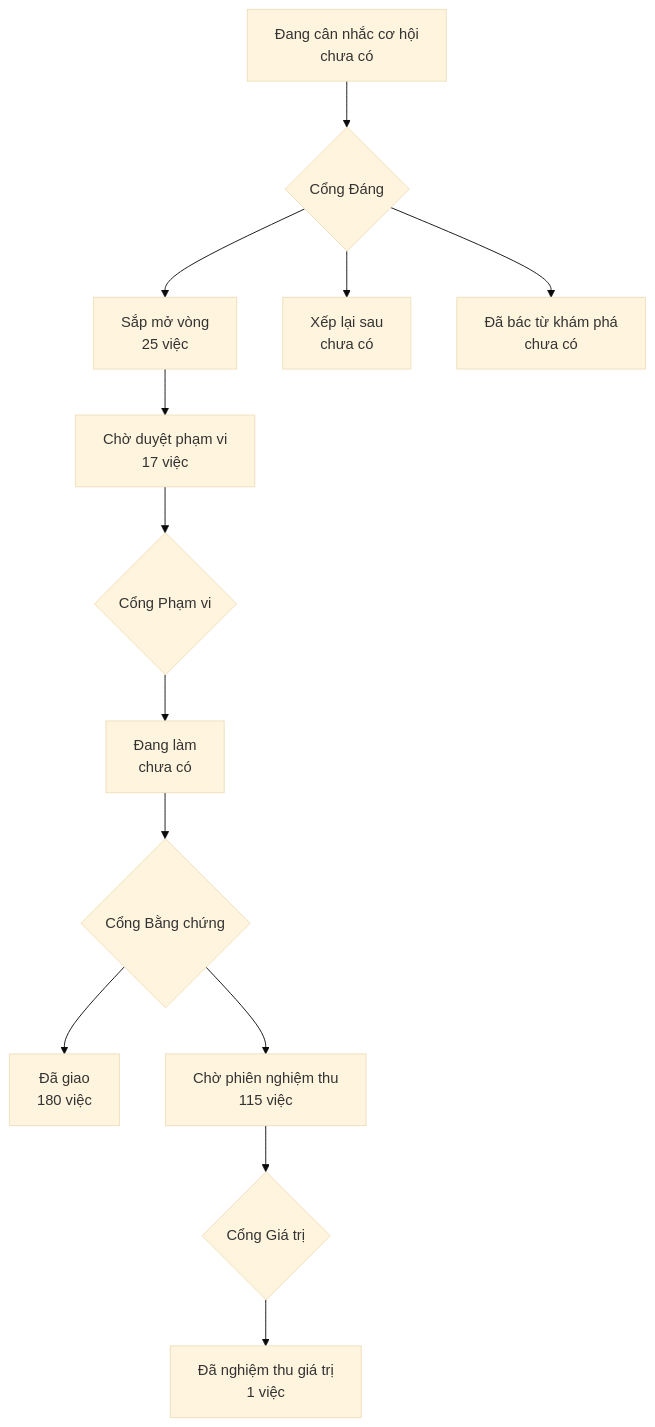
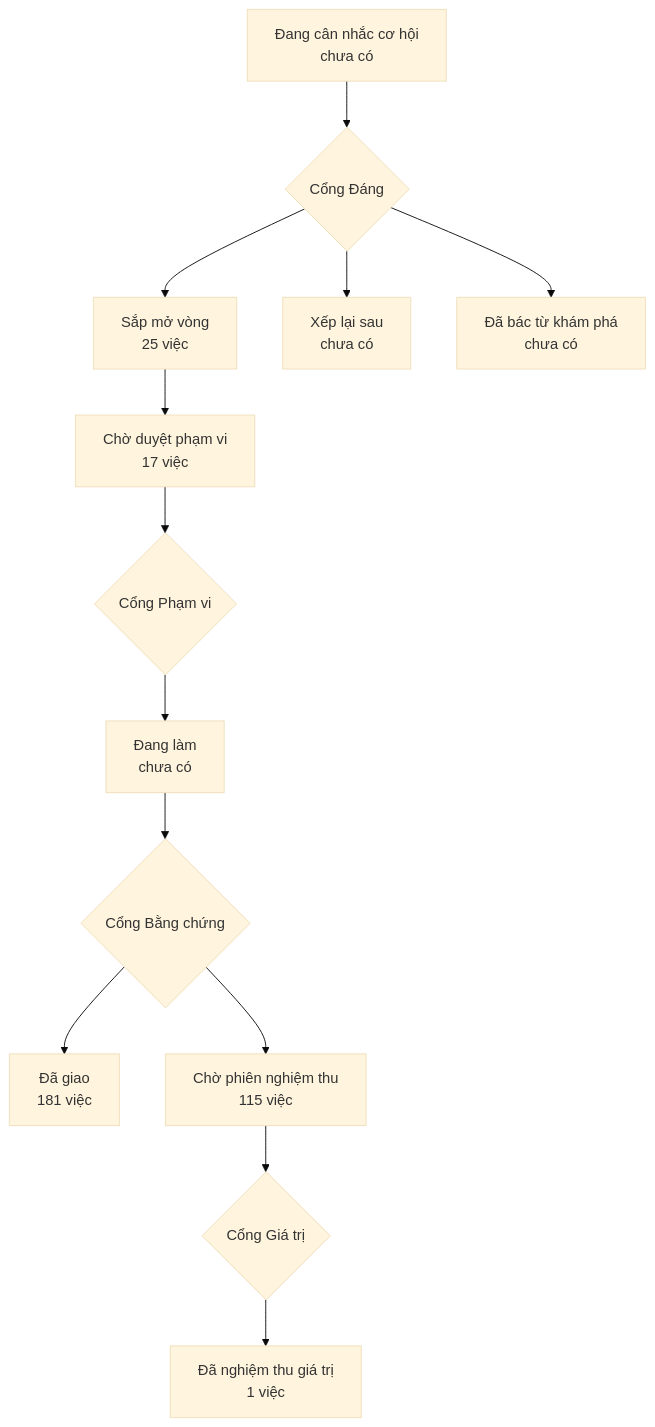
Before and after one commit to phanlemanh/onehub-invest: the diagram in PRODUCT-MAP.md, drawn with Mermaid (base theme). The commit also changed other lines of this file and 27 other files, not shown here.

````diff
--- a/PRODUCT-MAP.md
+++ b/PRODUCT-MAP.md
@@ -7,12 +7,12 @@
 ```mermaid
 flowchart TD
   A["Đang cân nhắc cơ hội<br/>chưa có"] --> GD{"Cổng Đáng"}
   GD --> B["Sắp mở vòng<br/>25 việc"]
   GD --> XL["Xếp lại sau<br/>chưa có"]
   GD --> DB["Đã bác từ khám phá<br/>chưa có"]
   B --> CD["Chờ duyệt phạm vi<br/>17 việc"] --> GP{"Cổng Phạm vi"}
   GP --> DL["Đang làm<br/>chưa có"] --> GB{"Cổng Bằng chứng"}
-  GB --> DG["Đã giao<br/>180 việc"]
+  GB --> DG["Đã giao<br/>181 việc"]
   GB --> CN["Chờ phiên nghiệm thu<br/>115 việc"] --> GG{"Cổng Giá trị"}
   GG --> NT["Đã nghiệm thu giá trị<br/>1 việc"]
 ```
````
